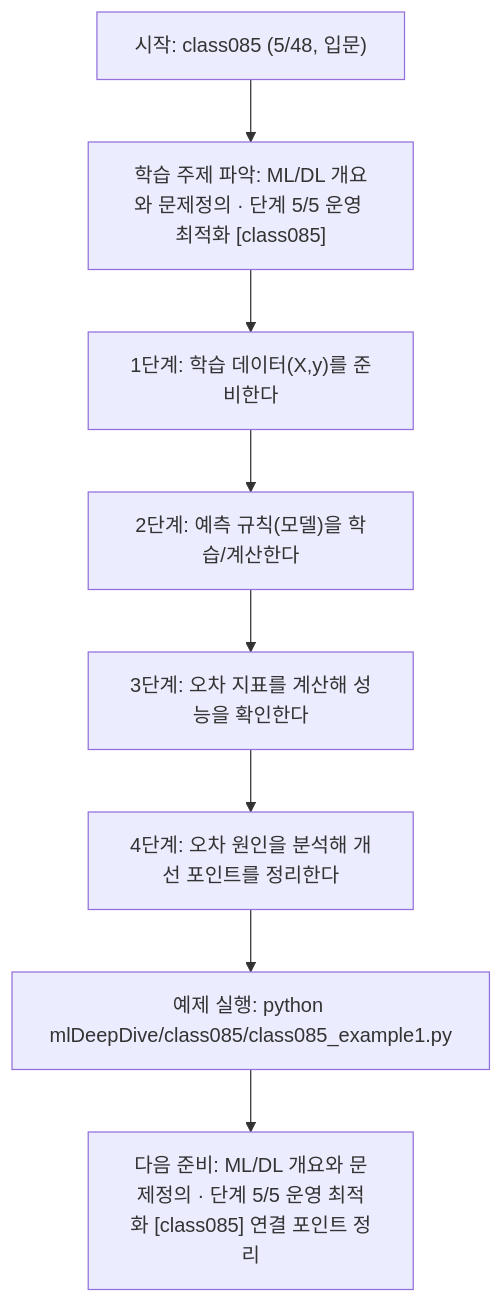
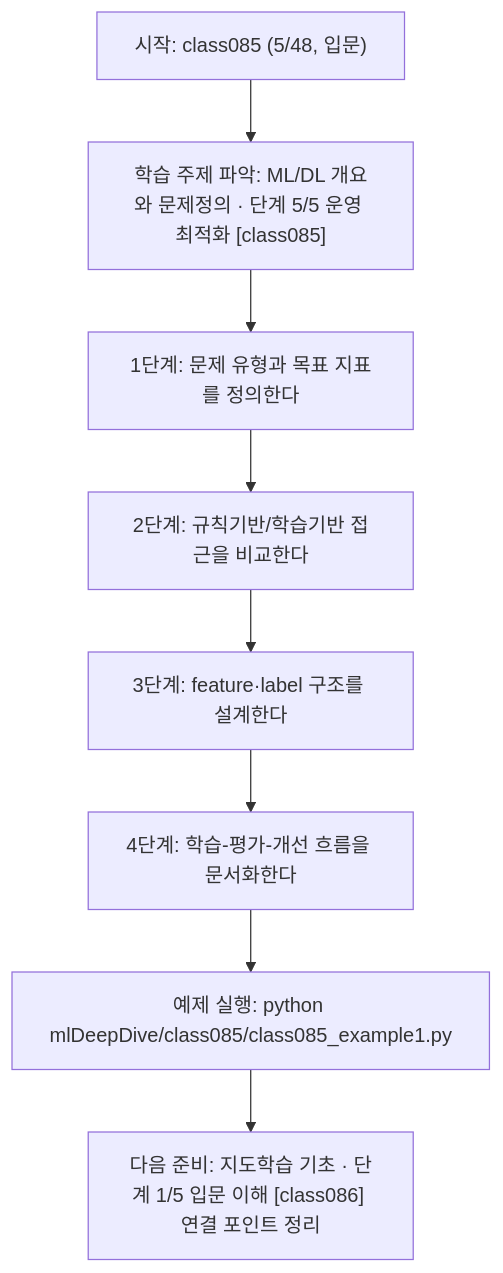
One commit to edumgt/Python-AI_Agent-Class changed the diagram in mlDeepDive/class085/class085.md. Above: the diagram before and after it, drawn with Mermaid. The commit also changed other lines of this file and 338 other files, not shown here.

````diff
--- a/mlDeepDive/class085/class085.md
+++ b/mlDeepDive/class085/class085.md
@@ -111,18 +91,18 @@
 ```mermaid
 flowchart TD
 N1["시작: class085 (5/48, 입문)"]
 N2["학습 주제 파악: ML/DL 개요와 문제정의 · 단계 5/5 운영 최적화 [class085]"]
-N3["1단계: 학습 데이터(X,y)를 준비한다"]
-N4["2단계: 예측 규칙(모델)을 학습/계산한다"]
-N5["3단계: 오차 지표를 계산해 성능을 확인한다"]
-N6["4단계: 오차 원인을 분석해 개선 포인트를 정리한다"]
+N3["1단계: 문제 유형과 목표 지표를 정의한다"]
+N4["2단계: 규칙기반/학습기반 접근을 비교한다"]
+N5["3단계: feature·label 구조를 설계한다"]
+N6["4단계: 학습-평가-개선 흐름을 문서화한다"]
 N7["예제 실행: python mlDeepDive/class085/class085_example1.py"]
-N8["다음 준비: ML/DL 개요와 문제정의 · 단계 5/5 운영 최적화 [class085] 연결 포인트 정리"]
+N8["다음 준비: 지도학습 기초 · 단계 1/5 입문 이해 [class086] 연결 포인트 정리"]
 N1 --> N2
 N2 --> N3
 N3 --> N4
 N4 --> N5
 N5 --> N6
 N6 --> N7
 N7 --> N8
 ```
````
